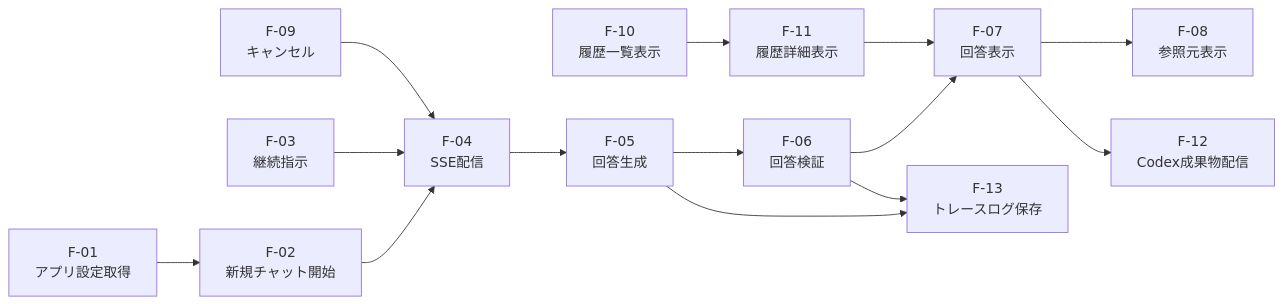
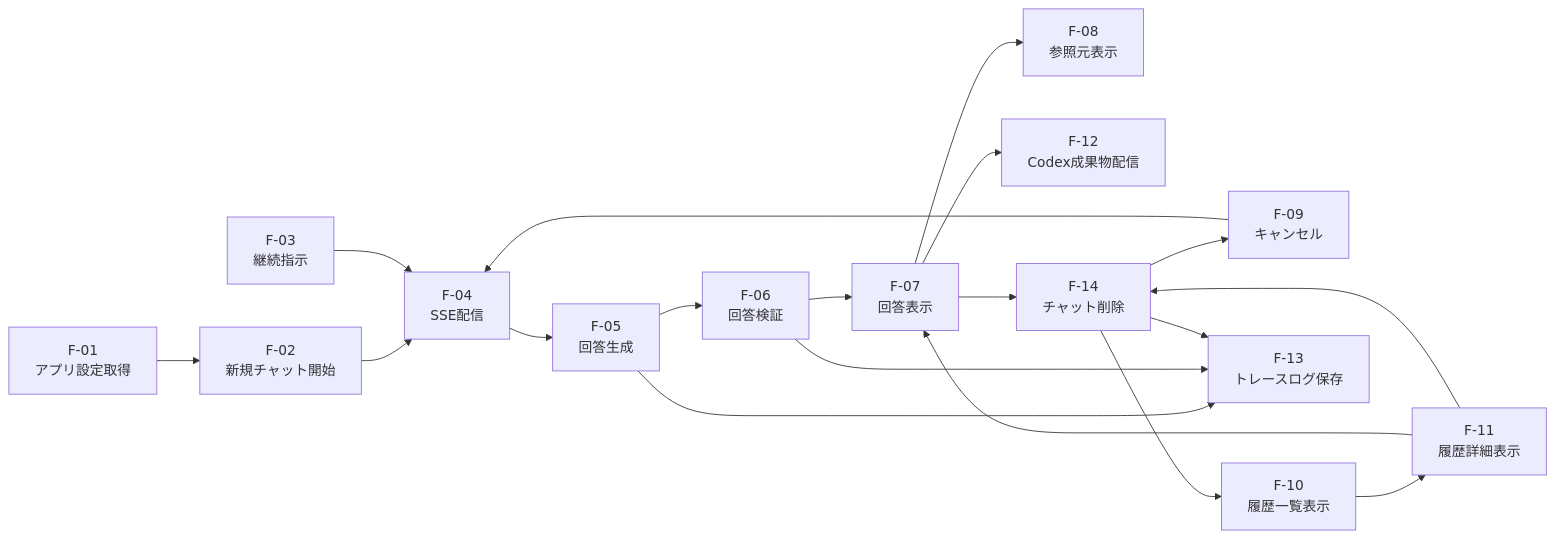
Before and after one commit to mincsys/D-Concierge: the diagram in docs/02_外部設計/03_機能設計/機能一覧.md, drawn with Mermaid. The commit also changed other lines of this file and 11 other files, not shown here.

````diff
--- a/docs/02_外部設計/03_機能設計/機能一覧.md
+++ b/docs/02_外部設計/03_機能設計/機能一覧.md
@@ -33,30 +34,36 @@
 ```mermaid
 flowchart LR
     config["F-01<br>アプリ設定取得"]
     start["F-02<br>新規チャット開始"]
     follow["F-03<br>継続指示"]
     sse["F-04<br>SSE配信"]
     gen["F-05<br>回答生成"]
     val["F-06<br>回答検証"]
     show["F-07<br>回答表示"]
     source["F-08<br>参照元表示"]
     cancel["F-09<br>キャンセル"]
     histList["F-10<br>履歴一覧表示"]
     histDetail["F-11<br>履歴詳細表示"]
     codexArtifact["F-12<br>Codex成果物配信"]
     trace["F-13<br>トレースログ保存"]
+    deleteChat["F-14<br>チャット削除"]
 
     config --> start
     start --> sse
     follow --> sse
     sse --> gen
     gen --> val
     val --> show
     show --> source
     show --> codexArtifact
     cancel --> sse
     histList --> histDetail
     histDetail --> show
+    histDetail --> deleteChat
+    show --> deleteChat
+    deleteChat --> cancel
+    deleteChat --> histList
     gen --> trace
     val --> trace
+    deleteChat --> trace
 ```
````
